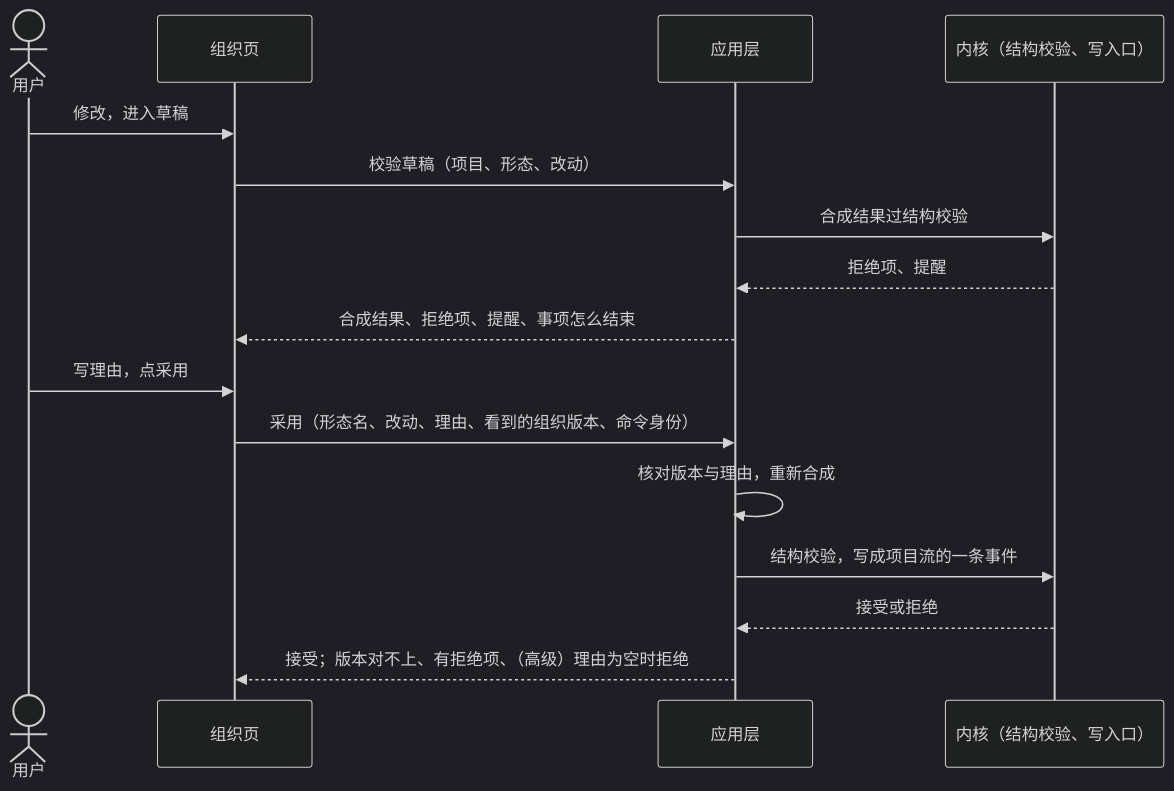
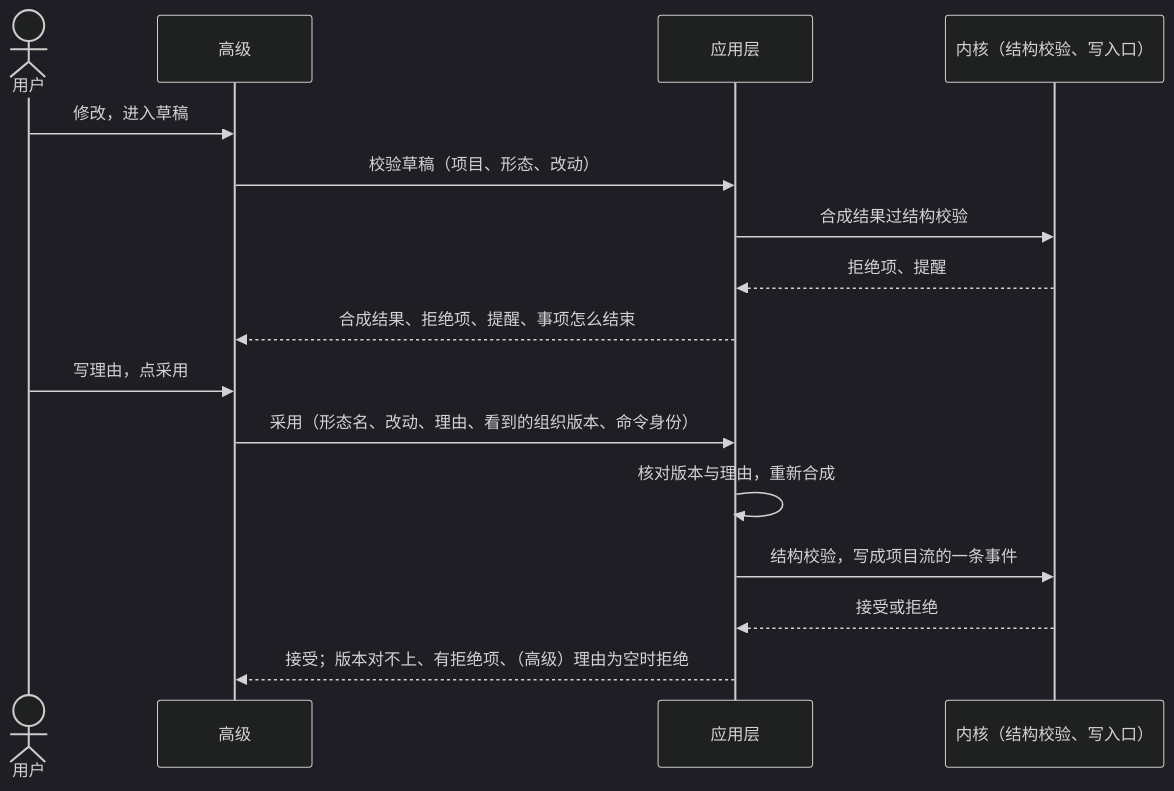
Before and after one commit to bender2333/yudao: the third of 3 diagrams in docs/design/project-organization.md, drawn with Mermaid (dark theme). The commit also changed other lines of this file and 13 other files, not shown here.

Commit message:
组织设定：项目页是循环图加对话，外包是部门里由谁做的一个选项（命名照旧）

````diff
--- a/docs/design/project-organization.md
+++ b/docs/design/project-organization.md
@@ -198,18 +199,18 @@
 ```mermaid
 sequenceDiagram
   actor U as 用户
-  participant P as 组织页
+  participant P as 高级
   participant A as 应用层
   participant K as 内核（结构校验、写入口）
   U->>P: 修改，进入草稿
   P->>A: 校验草稿（项目、形态、改动）
   A->>K: 合成结果过结构校验
   K-->>A: 拒绝项、提醒
   A-->>P: 合成结果、拒绝项、提醒、事项怎么结束
   U->>P: 写理由，点采用
   P->>A: 采用（形态名、改动、理由、看到的组织版本、命令身份）
   A->>A: 核对版本与理由，重新合成
   A->>K: 结构校验，写成项目流的一条事件
   K-->>A: 接受或拒绝
   A-->>P: 接受；版本对不上、有拒绝项、（高级）理由为空时拒绝
 ```
````
